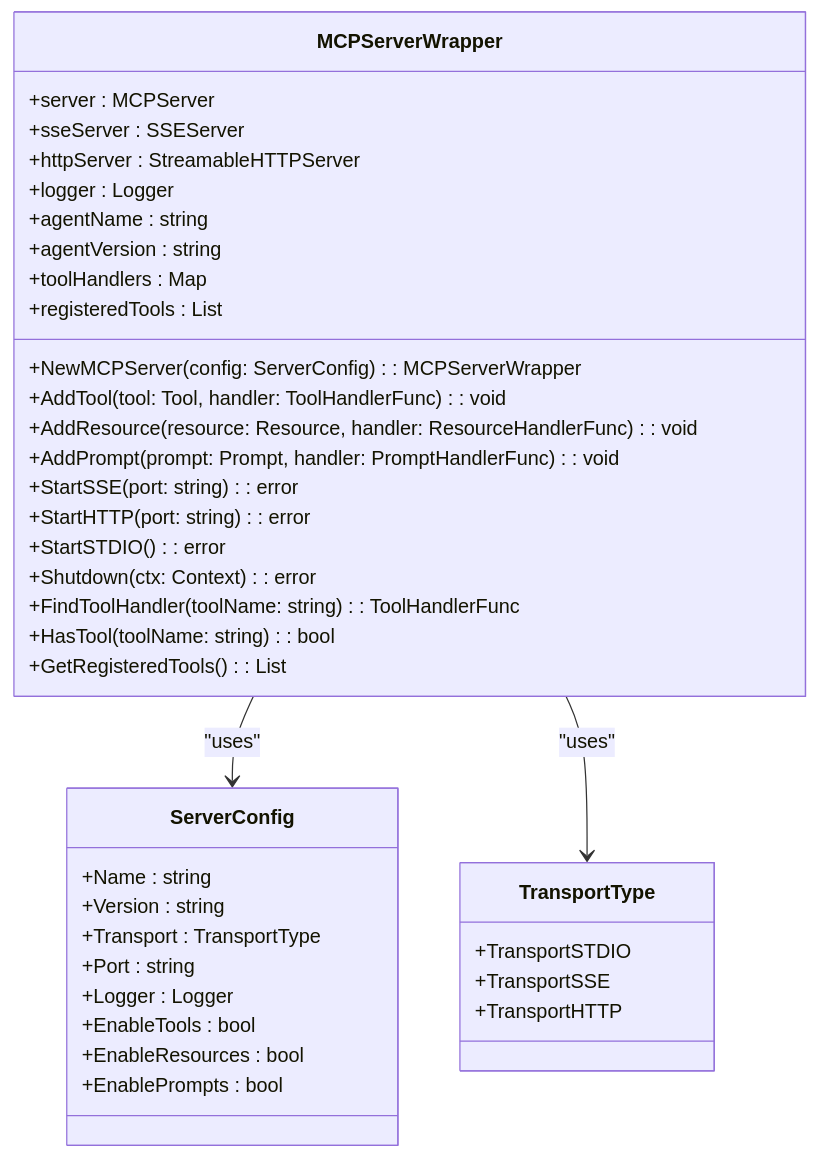
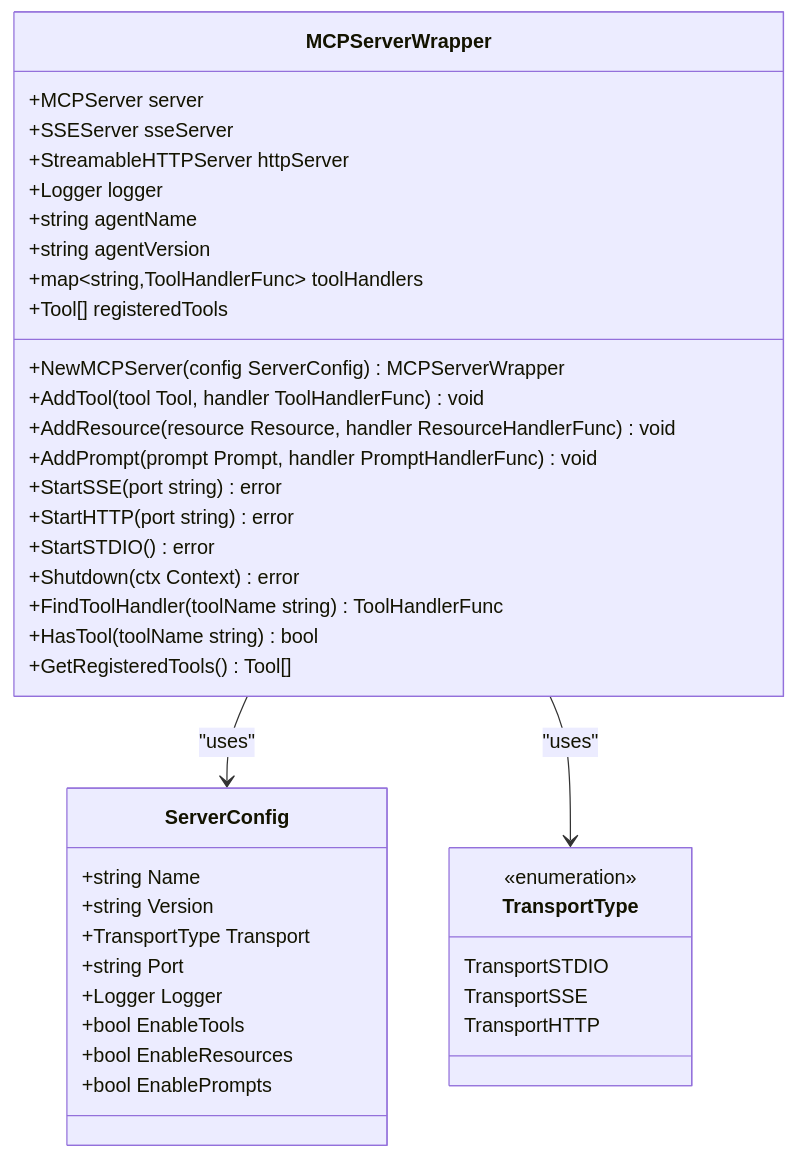
Before and after one commit to prxs-ai/praxis-go-sdk: the third of 9 diagrams in docs/Architecture Overview/Model Context Protocol (MCP) Integration/MCP Server Implementation.md, drawn with Mermaid. The commit also changed other lines of this file and 33 other files, not shown here.

````diff
--- a/docs/Architecture Overview/Model Context Protocol (MCP) Integration/MCP Server Implementation.md
+++ b/docs/Architecture Overview/Model Context Protocol (MCP) Integration/MCP Server Implementation.md
@@ -117,41 +117,42 @@
 ```mermaid
 classDiagram
 class MCPServerWrapper {
-+server : MCPServer
-+sseServer : SSEServer
-+httpServer : StreamableHTTPServer
-+logger : Logger
-+agentName : string
-+agentVersion : string
-+toolHandlers : Map<string, ToolHandlerFunc>
-+registeredTools : List<Tool>
-+NewMCPServer(config: ServerConfig) : MCPServerWrapper
-+AddTool(tool: Tool, handler: ToolHandlerFunc) : void
-+AddResource(resource: Resource, handler: ResourceHandlerFunc) : void
-+AddPrompt(prompt: Prompt, handler: PromptHandlerFunc) : void
-+StartSSE(port: string) : error
-+StartHTTP(port: string) : error
-+StartSTDIO() : error
-+Shutdown(ctx: Context) : error
-+FindToolHandler(toolName: string) : ToolHandlerFunc
-+HasTool(toolName: string) : bool
-+GetRegisteredTools() : List<Tool>
++MCPServer server
++SSEServer sseServer
++StreamableHTTPServer httpServer
++Logger logger
++string agentName
++string agentVersion
++map~string,ToolHandlerFunc~ toolHandlers
++Tool[] registeredTools
++NewMCPServer(config ServerConfig) MCPServerWrapper
++AddTool(tool Tool, handler ToolHandlerFunc) void
++AddResource(resource Resource, handler ResourceHandlerFunc) void
++AddPrompt(prompt Prompt, handler PromptHandlerFunc) void
++StartSSE(port string) error
++StartHTTP(port string) error
++StartSTDIO() error
++Shutdown(ctx Context) error
++FindToolHandler(toolName string) ToolHandlerFunc
++HasTool(toolName string) bool
++GetRegisteredTools() Tool[]
 }
 class ServerConfig {
-+Name : string
-+Version : string
-+Transport : TransportType
-+Port : string
-+Logger : Logger
-+EnableTools : bool
-+EnableResources : bool
-+EnablePrompts : bool
++string Name
++string Version
++TransportType Transport
++string Port
++Logger Logger
++bool EnableTools
++bool EnableResources
++bool EnablePrompts
 }
 class TransportType {
-+TransportSTDIO
-+TransportSSE
-+TransportHTTP
+<<enumeration>>
+TransportSTDIO
+TransportSSE
+TransportHTTP
 }
 MCPServerWrapper --> ServerConfig : "uses"
 MCPServerWrapper --> TransportType : "uses"
 ```
````
